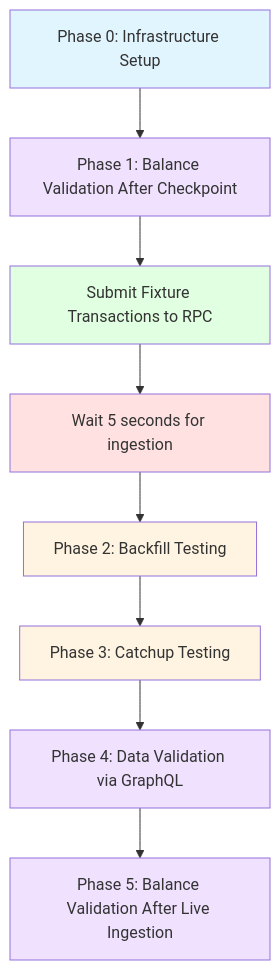
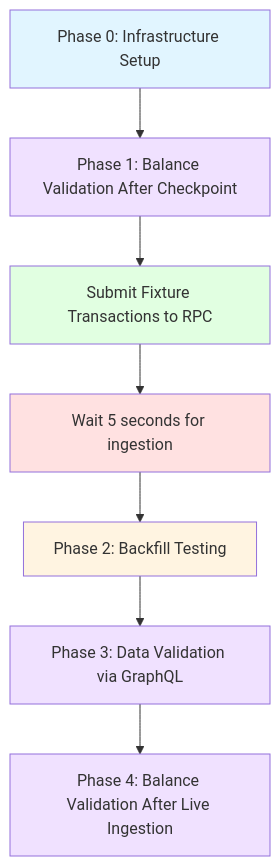
The fourth of 4 diagrams in README.md (stellar/wallet-backend), drawn with Mermaid before and after one commit. The commit also changed other lines of this file and 9 other files, not shown here.

````diff
--- a/README.md
+++ b/README.md
@@ -1064,19 +1064,17 @@
 ```mermaid
 graph TD
     A[Phase 0: Infrastructure Setup] --> B[Phase 1: Balance Validation After Checkpoint]
     B --> C[Submit Fixture Transactions to RPC]
     C --> D[Wait 5 seconds for ingestion]
     D --> E[Phase 2: Backfill Testing]
-    E --> F[Phase 3: Catchup Testing]
-    F --> G[Phase 4: Data Validation via GraphQL]
-    G --> H[Phase 5: Balance Validation After Live Ingestion]
+    E --> G[Phase 3: Data Validation via GraphQL]
+    G --> H[Phase 4: Balance Validation After Live Ingestion]
 
     style A fill:#e1f5ff
     style B fill:#f0e1ff
     style C fill:#e1ffe1
     style D fill:#ffe1e1
     style E fill:#fff4e1
-    style F fill:#fff4e1
     style G fill:#f0e1ff
     style H fill:#f0e1ff
 ```
````
